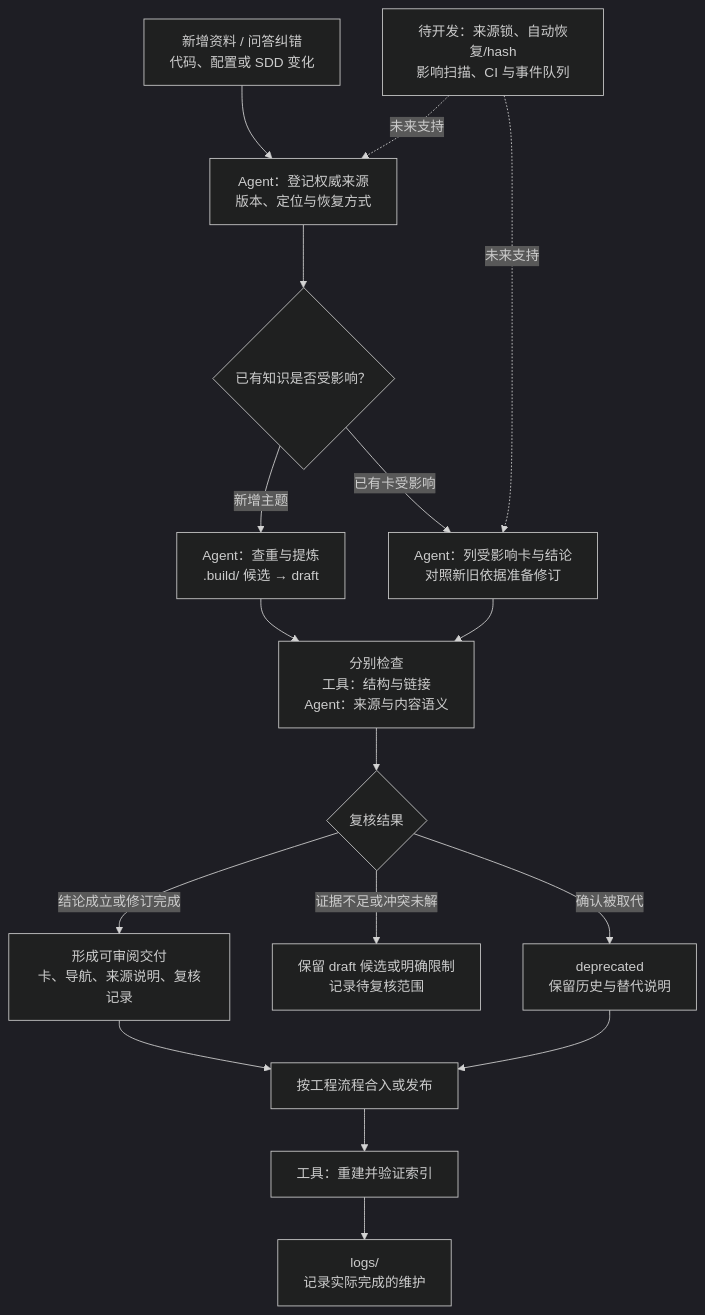
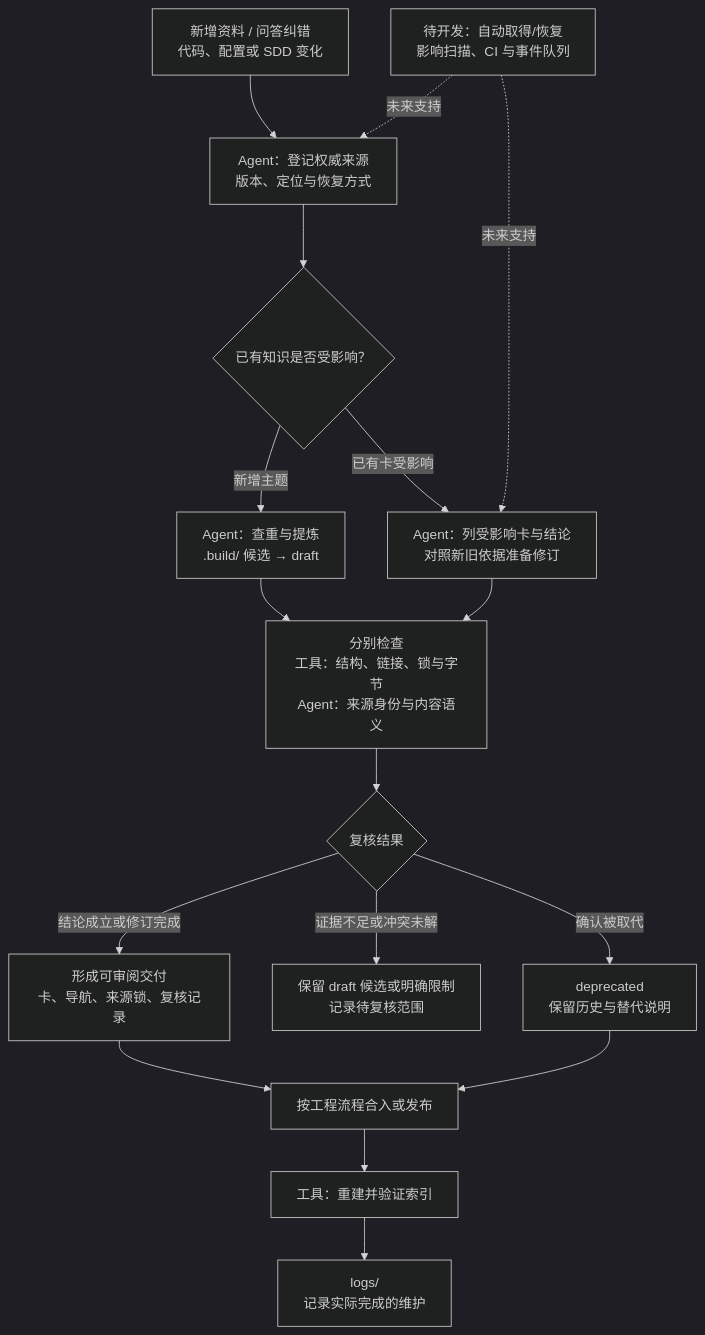
One commit to Robin-hhc/FactumCore changed the third of 3 diagrams in docs/架构设计.md. Above: the diagram before and after it, drawn with Mermaid (dark theme). The commit also changed other lines of this file, not shown here.

Commit message:
Sync architecture with implemented source integrity governance

````diff
--- a/docs/架构设计.md
+++ b/docs/架构设计.md
@@ -157,26 +159,26 @@
 ```mermaid
 flowchart TD
     E["新增资料 / 问答纠错<br/>代码、配置或 SDD 变化"]
     E --> S["Agent：登记权威来源<br/>版本、定位与恢复方式"]
     S --> T{"已有知识是否受影响？"}
 
     T -->|新增主题| B["Agent：查重与提炼<br/>.build/ 候选 → draft"]
     T -->|已有卡受影响| P["Agent：列受影响卡与结论<br/>对照新旧依据准备修订"]
 
-    B --> V["分别检查<br/>工具：结构与链接<br/>Agent：来源与内容语义"]
+    B --> V["分别检查<br/>工具：结构、链接、锁与字节<br/>Agent：来源身份与内容语义"]
     P --> V
 
     V --> J{"复核结果"}
-    J -->|结论成立或修订完成| K["形成可审阅交付<br/>卡、导航、来源说明、复核记录"]
+    J -->|结论成立或修订完成| K["形成可审阅交付<br/>卡、导航、来源锁、复核记录"]
     J -->|证据不足或冲突未解| U["保留 draft 候选或明确限制<br/>记录待复核范围"]
     J -->|确认被取代| X["deprecated<br/>保留历史与替代说明"]
 
     K --> L["按工程流程合入或发布"]
     X --> L
     L --> I["工具：重建并验证索引"]
     I --> LOG["logs/<br/>记录实际完成的维护"]
 
-    F["待开发：来源锁、自动恢复/hash<br/>影响扫描、CI 与事件队列"]
+    F["待开发：自动取得/恢复<br/>影响扫描、CI 与事件队列"]
     F -.->|未来支持| S
     F -.->|未来支持| P
 ```
````
